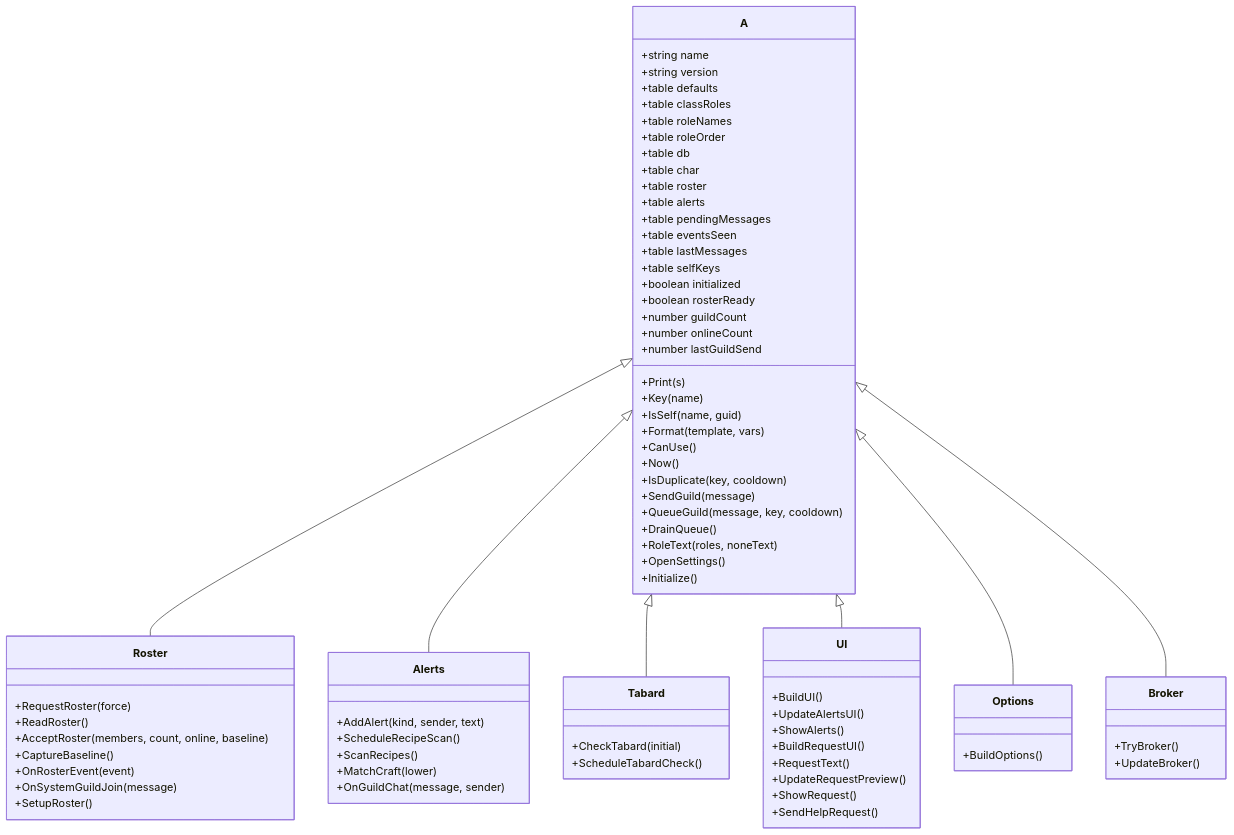
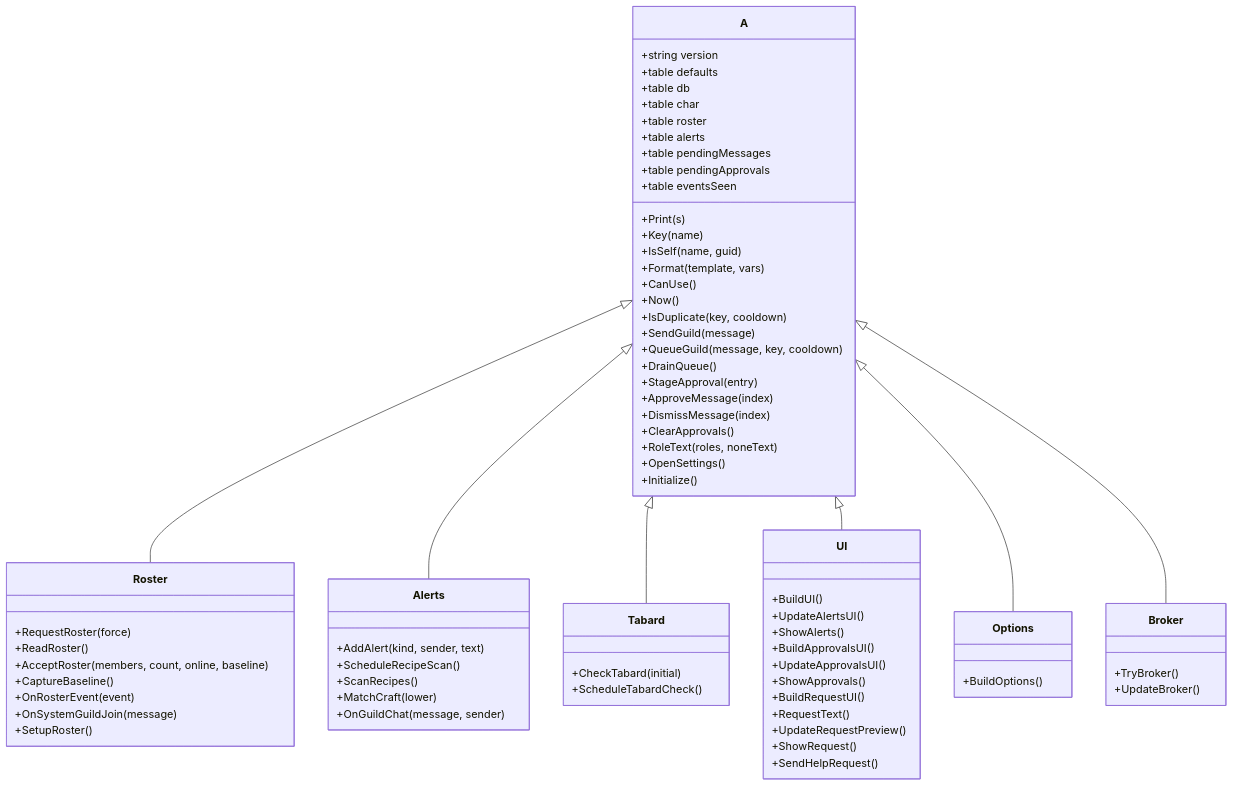
The second of 2 diagrams in aidlc-docs/inception/reverse-engineering/code-structure.md (mreillyorg/ForeverGuildComms), drawn with Mermaid before and after one commit. The commit also changed other lines of this file and 21 other files, not shown here.

````diff
--- a/aidlc-docs/inception/reverse-engineering/code-structure.md
+++ b/aidlc-docs/inception/reverse-engineering/code-structure.md
@@ -112,81 +121,78 @@
 ```mermaid
 classDiagram
     class A {
-        +string name
         +string version
         +table defaults
-        +table classRoles
-        +table roleNames
-        +table roleOrder
         +table db
         +table char
         +table roster
         +table alerts
         +table pendingMessages
+        +table pendingApprovals
         +table eventsSeen
-        +table lastMessages
-        +table selfKeys
-        +boolean initialized
-        +boolean rosterReady
-        +number guildCount
-        +number onlineCount
-        +number lastGuildSend
         +Print(s)
         +Key(name)
         +IsSelf(name, guid)
         +Format(template, vars)
         +CanUse()
         +Now()
         +IsDuplicate(key, cooldown)
         +SendGuild(message)
         +QueueGuild(message, key, cooldown)
         +DrainQueue()
+        +StageApproval(entry)
+        +ApproveMessage(index)
+        +DismissMessage(index)
+        +ClearApprovals()
         +RoleText(roles, noneText)
         +OpenSettings()
         +Initialize()
     }
     class Roster {
         +RequestRoster(force)
         +ReadRoster()
         +AcceptRoster(members, count, online, baseline)
         +CaptureBaseline()
         +OnRosterEvent(event)
         +OnSystemGuildJoin(message)
         +SetupRoster()
     }
     class Alerts {
         +AddAlert(kind, sender, text)
         +ScheduleRecipeScan()
         +ScanRecipes()
         +MatchCraft(lower)
         +OnGuildChat(message, sender)
     }
     class Tabard {
         +CheckTabard(initial)
         +ScheduleTabardCheck()
     }
     class UI {
         +BuildUI()
         +UpdateAlertsUI()
         +ShowAlerts()
+        +BuildApprovalsUI()
+        +UpdateApprovalsUI()
+        +ShowApprovals()
         +BuildRequestUI()
         +RequestText()
         +UpdateRequestPreview()
         +ShowRequest()
         +SendHelpRequest()
     }
     class Options {
         +BuildOptions()
     }
     class Broker {
         +TryBroker()
         +UpdateBroker()
     }
 
     A <|-- Roster
     A <|-- Alerts
     A <|-- Tabard
     A <|-- UI
     A <|-- Options
     A <|-- Broker
 ```
````
